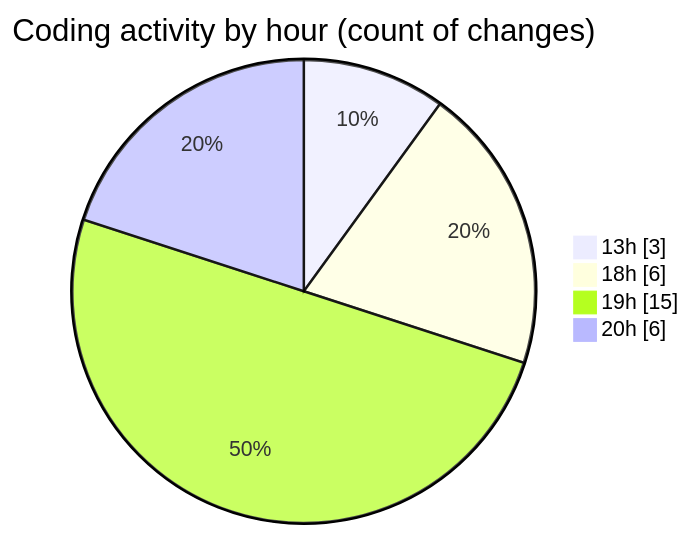
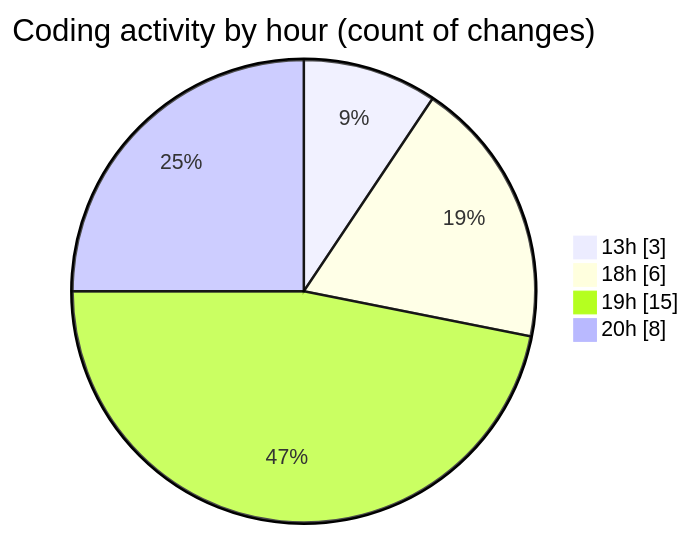
One commit to jrari/code-tracking changed the second of 2 diagrams in 2025-07-16/telebot/README.md. Above: the diagram before and after it, drawn with Mermaid. The commit also changed other lines of this file and 1 other file, not shown here.

````diff
--- a/2025-07-16/telebot/README.md
+++ b/2025-07-16/telebot/README.md
@@ -39,8 +39,8 @@
 ```mermaid
 pie showData
 title Coding activity by hour (count of changes)
 "13h" : 3
 "18h" : 6
 "19h" : 15
-"20h" : 6
+"20h" : 8
 ```
````
